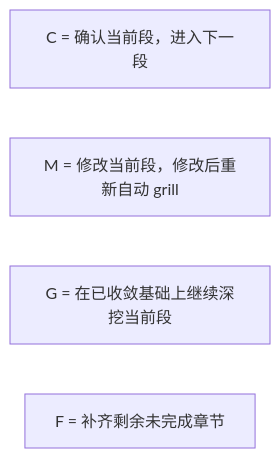
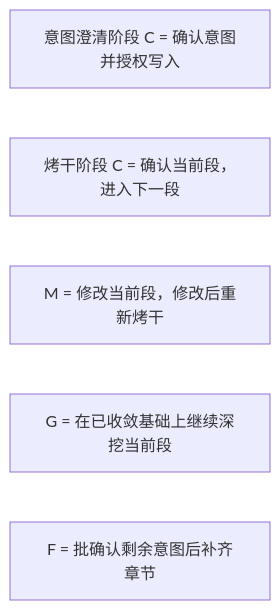
Before and after one commit to oleewen/ai-knowledge: the second of 2 diagrams in agent/skills/sdx-analysis/references/gates.md, drawn with Mermaid. The commit also changed other lines of this file and 115 other files, not shown here.

````diff
--- a/agent/skills/sdx-analysis/references/gates.md
+++ b/agent/skills/sdx-analysis/references/gates.md
@@ -86,7 +109,8 @@
 ```mermaid
 flowchart LR
-    C["C = 确认当前段，进入下一段"]
-    M["M = 修改当前段，修改后重新自动 grill"]
+    C1["意图澄清阶段 C = 确认意图并授权写入"]
+    C2["烤干阶段 C = 确认当前段，进入下一段"]
+    M["M = 修改当前段，修改后重新烤干"]
     G["G = 在已收敛基础上继续深挖当前段"]
-    F["F = 补齐剩余未完成章节"]
+    F["F = 批确认剩余意图后补齐章节"]
 ```
````
